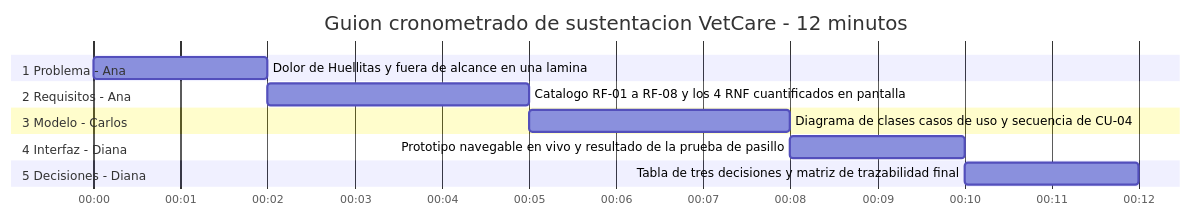
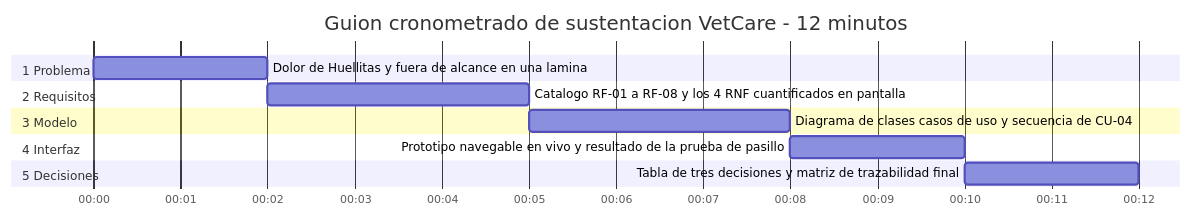
Before and after one commit to AndresDFX/UNIAJ: the first of 2 diagrams in Seminario de Sistemas/Kit docente/Clase 14/Taller en ExamLab - Clase 14 (configuracion).md, drawn with Mermaid. The commit also changed other lines of this file and 535 other files, not shown here.

````diff
--- a/Seminario de Sistemas/Kit docente/Clase 14/Taller en ExamLab - Clase 14 (configuracion).md
+++ b/Seminario de Sistemas/Kit docente/Clase 14/Taller en ExamLab - Clase 14 (configuracion).md
@@ -39,16 +39,16 @@
 ```mermaid
 gantt
     title Guion cronometrado de sustentacion VetCare - 12 minutos
     dateFormat HH:mm
     axisFormat %H:%M
-    section 1 Problema - Ana
+    section 1 Problema
     Dolor de Huellitas y fuera de alcance en una lamina :b1, 00:00, 00:02
-    section 2 Requisitos - Ana
+    section 2 Requisitos
     Catalogo RF-01 a RF-08 y los 4 RNF cuantificados en pantalla :b2, 00:02, 00:05
-    section 3 Modelo - Carlos
+    section 3 Modelo
     Diagrama de clases casos de uso y secuencia de CU-04 :b3, 00:05, 00:08
-    section 4 Interfaz - Diana
+    section 4 Interfaz
     Prototipo navegable en vivo y resultado de la prueba de pasillo :b4, 00:08, 00:10
-    section 5 Decisiones - Diana
+    section 5 Decisiones
     Tabla de tres decisiones y matriz de trazabilidad final :b5, 00:10, 00:12
 ```
````
